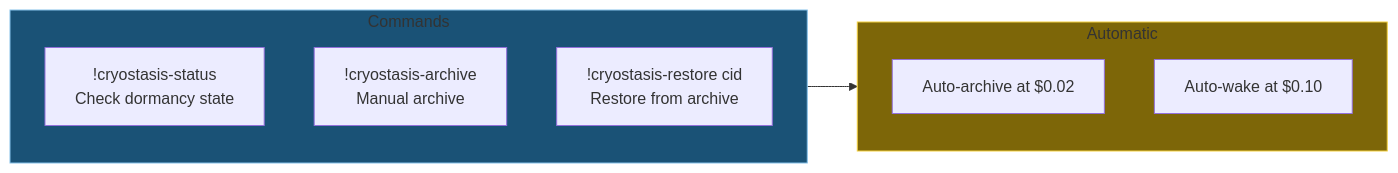
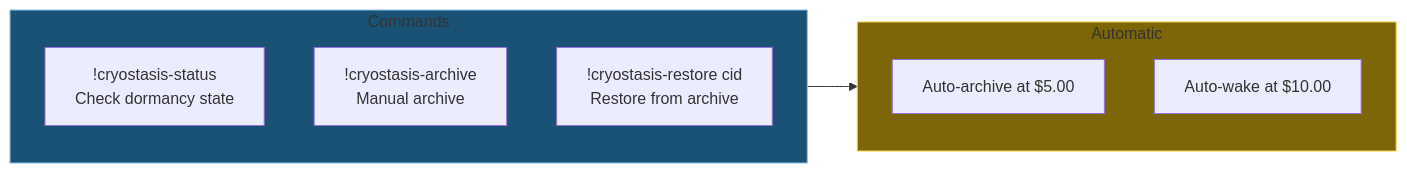
One commit to KestrelSovereignAI/kestrel-sovereign changed the tenth of 11 diagrams in docs/diagrams/data-architecture/DA-07-cryostasis.md. Above: the diagram before and after it, drawn with Mermaid. The commit also changed other lines of this file and 11 other files, not shown here.

````diff
--- a/docs/diagrams/data-architecture/DA-07-cryostasis.md
+++ b/docs/diagrams/data-architecture/DA-07-cryostasis.md
@@ -270,18 +291,18 @@
 ```mermaid
 graph LR
     subgraph commands["Commands"]
         C1["!cryostasis-status<br/>Check dormancy state"]
         C2["!cryostasis-archive<br/>Manual archive"]
         C3["!cryostasis-restore cid<br/>Restore from archive"]
     end
 
     subgraph auto["Automatic"]
-        A1["Auto-archive at $0.02"]
-        A2["Auto-wake at $0.10"]
+        A1["Auto-archive at $5.00"]
+        A2["Auto-wake at $10.00"]
     end
 
     commands --> auto
 
     style commands fill:#1a5276,stroke:#85c1e9
     style auto fill:#7d6608,stroke:#f4d03f
 ```
````
